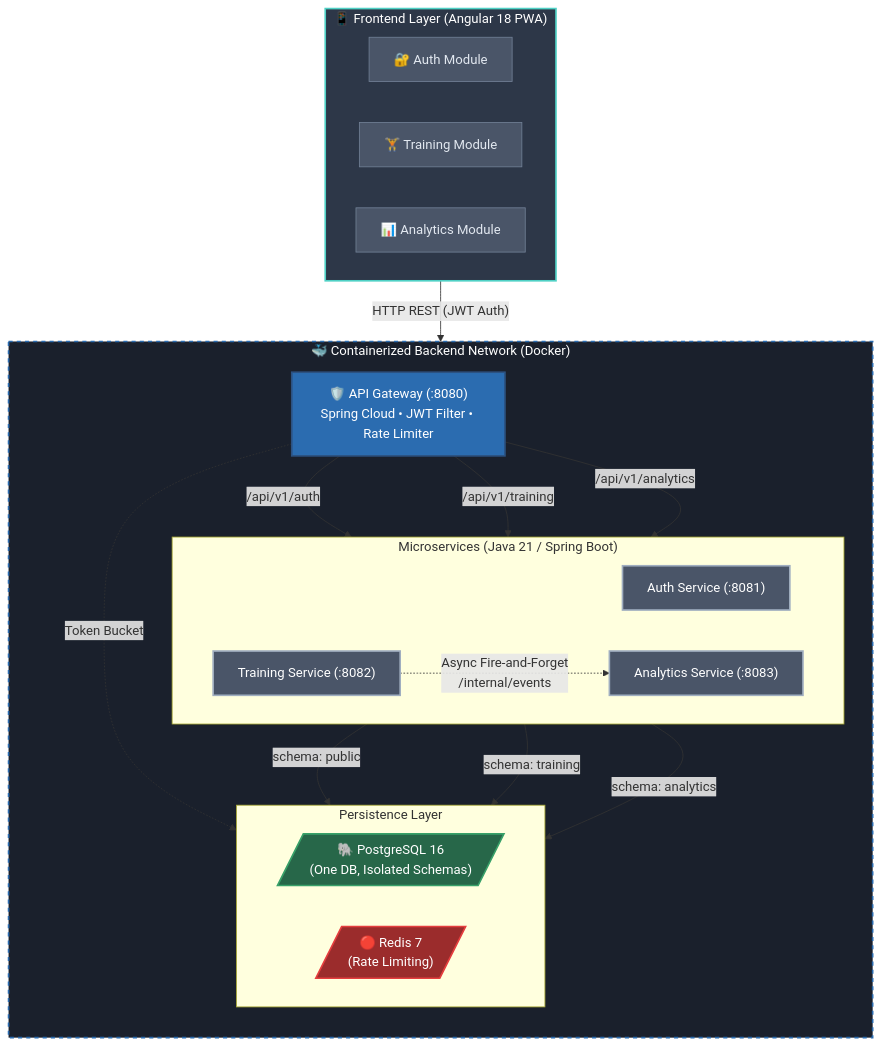
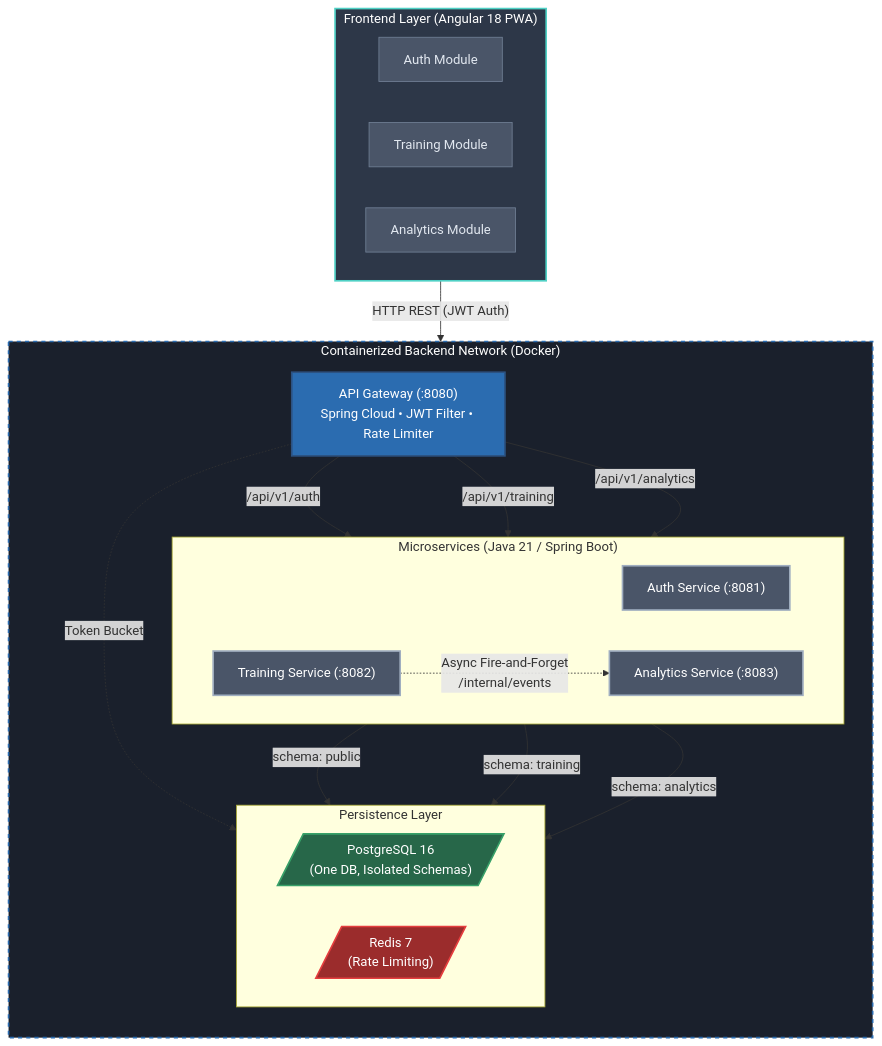
One commit to JSR-Mario/training-app changed the diagram in README.md. Above: the diagram before and after it, drawn with Mermaid.

Commit message:
docs: remove emojis from architecture diagram to comply with project constraints

````diff
--- a/README.md
+++ b/README.md
@@ -30,53 +30,53 @@
 ```mermaid
 graph TD
     %% Styling
     classDef client fill:#2d3748,stroke:#4fd1c5,stroke-width:2px,color:#fff;
     classDef docker fill:#1a202c,stroke:#2b6cb0,stroke-width:2px,stroke-dasharray: 5 5,color:#fff;
     classDef gateway fill:#2b6cb0,stroke:#2c5282,stroke-width:2px,color:#fff;
     classDef service fill:#4a5568,stroke:#a0aec0,stroke-width:2px,color:#fff;
     classDef database fill:#276749,stroke:#38a169,stroke-width:2px,color:#fff;
     classDef cache fill:#9b2c2c,stroke:#e53e3e,stroke-width:2px,color:#fff;
     classDef module fill:#4a5568,stroke:#718096,stroke-width:1px,color:#e2e8f0;
 
-    subgraph ClientLayer ["📱 Frontend Layer (Angular 18 PWA)"]
+    subgraph ClientLayer ["Frontend Layer (Angular 18 PWA)"]
         direction LR
-        UI_Auth["🔐 Auth Module"]:::module
-        UI_Training["🏋️ Training Module"]:::module
-        UI_Analytics["📊 Analytics Module"]:::module
+        UI_Auth["Auth Module"]:::module
+        UI_Training["Training Module"]:::module
+        UI_Analytics["Analytics Module"]:::module
     end
 
     ClientLayer --> |"HTTP REST (JWT Auth)"| Gateway
 
-    subgraph DockerNetwork ["🐳 Containerized Backend Network (Docker)"]
+    subgraph DockerNetwork ["Containerized Backend Network (Docker)"]
         direction TB
         
-        Gateway["🛡️ API Gateway (:8080)<br/>Spring Cloud • JWT Filter • Rate Limiter"]:::gateway
+        Gateway["API Gateway (:8080)<br/>Spring Cloud • JWT Filter • Rate Limiter"]:::gateway
         
         subgraph Microservices ["Microservices (Java 21 / Spring Boot)"]
             direction LR
             Auth["Auth Service (:8081)"]:::service
             Training["Training Service (:8082)"]:::service
             Analytics["Analytics Service (:8083)"]:::service
         end
         
         Gateway --> |"/api/v1/auth"| Auth
         Gateway --> |"/api/v1/training"| Training
         Gateway --> |"/api/v1/analytics"| Analytics
         
         Training -.-> |"Async Fire-and-Forget<br/>/internal/events"| Analytics
 
         subgraph Persistence ["Persistence Layer"]
             direction LR
-            Postgres[/"🐘 PostgreSQL 16<br/>(One DB, Isolated Schemas)"/]:::database
-            Redis[/"🔴 Redis 7<br/>(Rate Limiting)"/]:::cache
+            Postgres[/"PostgreSQL 16<br/>(One DB, Isolated Schemas)"/]:::database
+            Redis[/"Redis 7<br/>(Rate Limiting)"/]:::cache
         end
 
         Auth -->|"schema: public"| Postgres
         Training -->|"schema: training"| Postgres
         Analytics -->|"schema: analytics"| Postgres
         Gateway -.->|"Token Bucket"| Redis
     end
 
     class ClientLayer client;
     class DockerNetwork docker;
 ```
````
